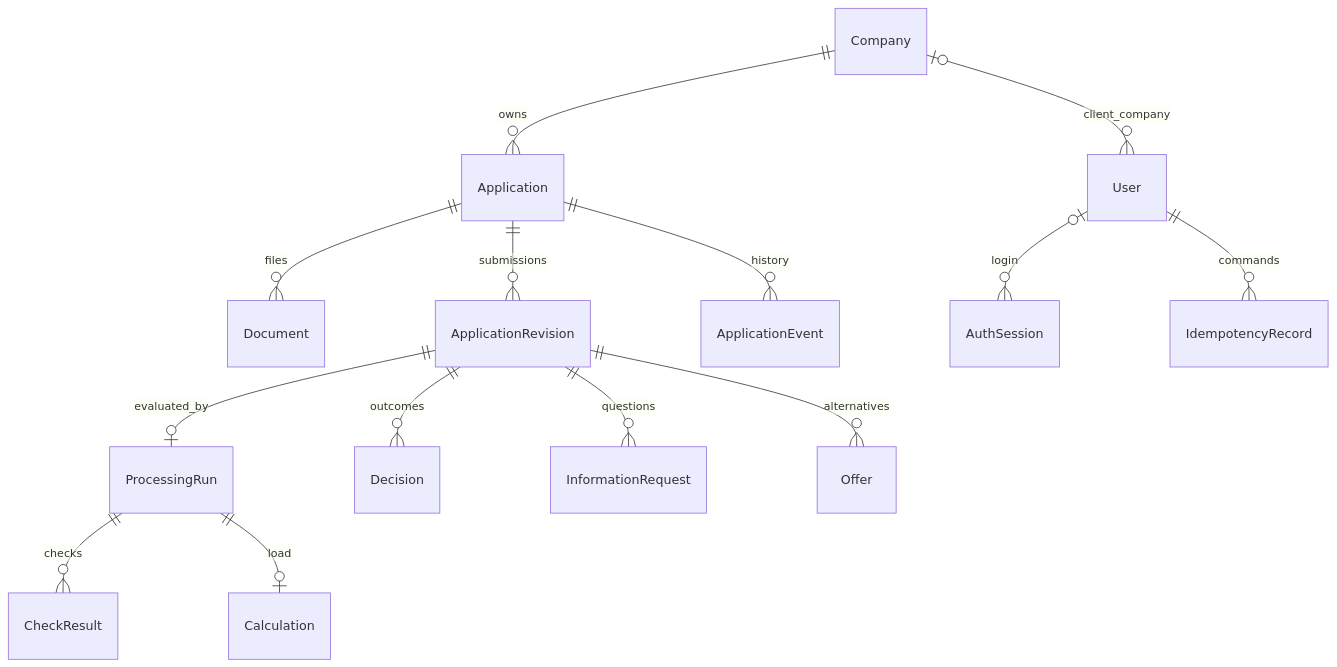
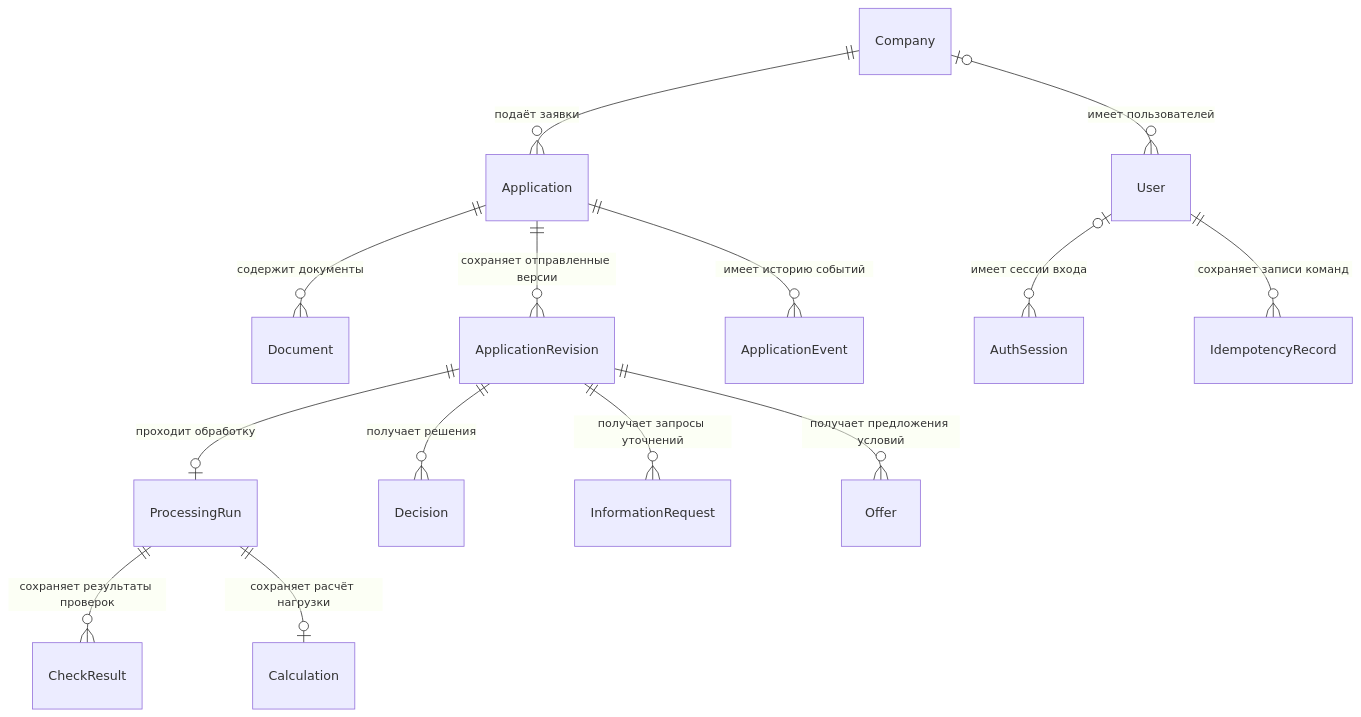
One commit to L3iHS/alfa-hack-smart-credit-cabinet changed the second of 3 diagrams in docs/architecture.md. Above: the diagram before and after it, drawn with Mermaid. The commit also changed other lines of this file and 1 other file, not shown here.

Commit message:
Align submission actions and clarify architecture diagrams

````diff
--- a/docs/architecture.md
+++ b/docs/architecture.md
@@ -24,16 +28,16 @@
 ```mermaid
 erDiagram
-    Company o|--o{ User : client_company
-    Company ||--o{ Application : owns
-    Application ||--o{ Document : files
-    Application ||--o{ ApplicationRevision : submissions
-    Application ||--o{ ApplicationEvent : history
-    ApplicationRevision ||--o| ProcessingRun : evaluated_by
-    ProcessingRun ||--o{ CheckResult : checks
-    ProcessingRun ||--o| Calculation : load
-    ApplicationRevision ||--o{ Decision : outcomes
-    ApplicationRevision ||--o{ InformationRequest : questions
-    ApplicationRevision ||--o{ Offer : alternatives
-    User o|--o{ AuthSession : login
-    User ||--o{ IdempotencyRecord : commands
+    Company o|--o{ User : "имеет пользователей"
+    Company ||--o{ Application : "подаёт заявки"
+    Application ||--o{ Document : "содержит документы"
+    Application ||--o{ ApplicationRevision : "сохраняет отправленные версии"
+    Application ||--o{ ApplicationEvent : "имеет историю событий"
+    ApplicationRevision ||--o| ProcessingRun : "проходит обработку"
+    ProcessingRun ||--o{ CheckResult : "сохраняет результаты проверок"
+    ProcessingRun ||--o| Calculation : "сохраняет расчёт нагрузки"
+    ApplicationRevision ||--o{ Decision : "получает решения"
+    ApplicationRevision ||--o{ InformationRequest : "получает запросы уточнений"
+    ApplicationRevision ||--o{ Offer : "получает предложения условий"
+    User o|--o{ AuthSession : "имеет сессии входа"
+    User ||--o{ IdempotencyRecord : "сохраняет записи команд"
 ```
````
